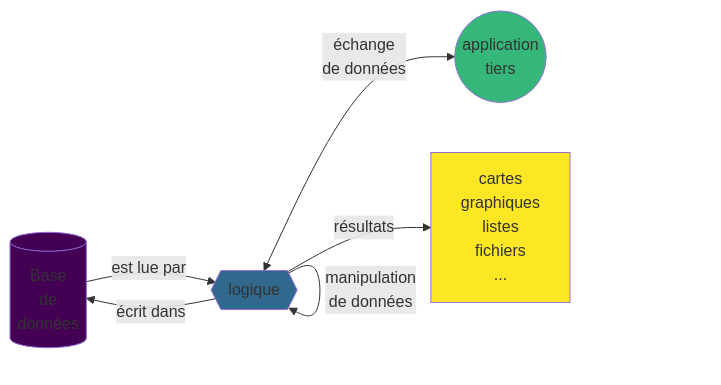
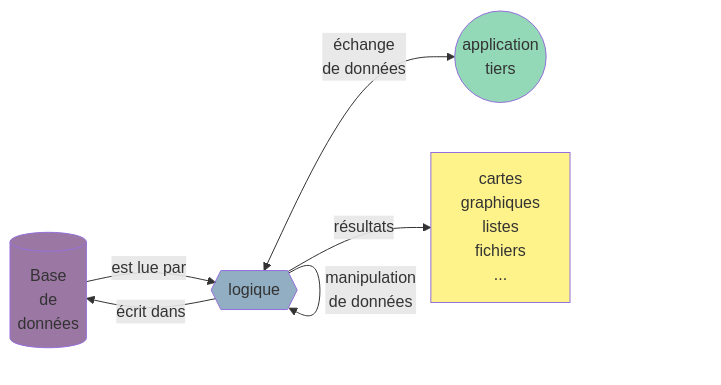
Before and after one commit to zoometh/thomashuet: the first of 2 diagrams in profiles/arcam-traject/README.md, drawn with Mermaid.

````diff
--- a/profiles/arcam-traject/README.md
+++ b/profiles/arcam-traject/README.md
@@ -107,12 +107,12 @@
 ```mermaid
 flowchart LR
     A[(Base<br>de<br>données)]:::semantic -- est lue par --> B{{logique}}:::logic;
     B -- "écrit dans" --> A;
     B -- manipulation<br>de données --> B;
     B <-- "échange<br>de données" --> C((application<br>tiers)):::third;
     B -- résultats --> D[cartes<br>graphiques<br>listes<br>fichiers<br>...]:::output;;
-    classDef semantic fill:#440154;
-    classDef logic fill:#31688E;
-    classDef third fill:#35B779;
-    classDef output fill:#FDE725;
+    classDef semantic fill:#44015488;
+    classDef logic fill:#31688E88;
+    classDef third fill:#35B77988;
+    classDef output fill:#FDE72588;
 ```
````
